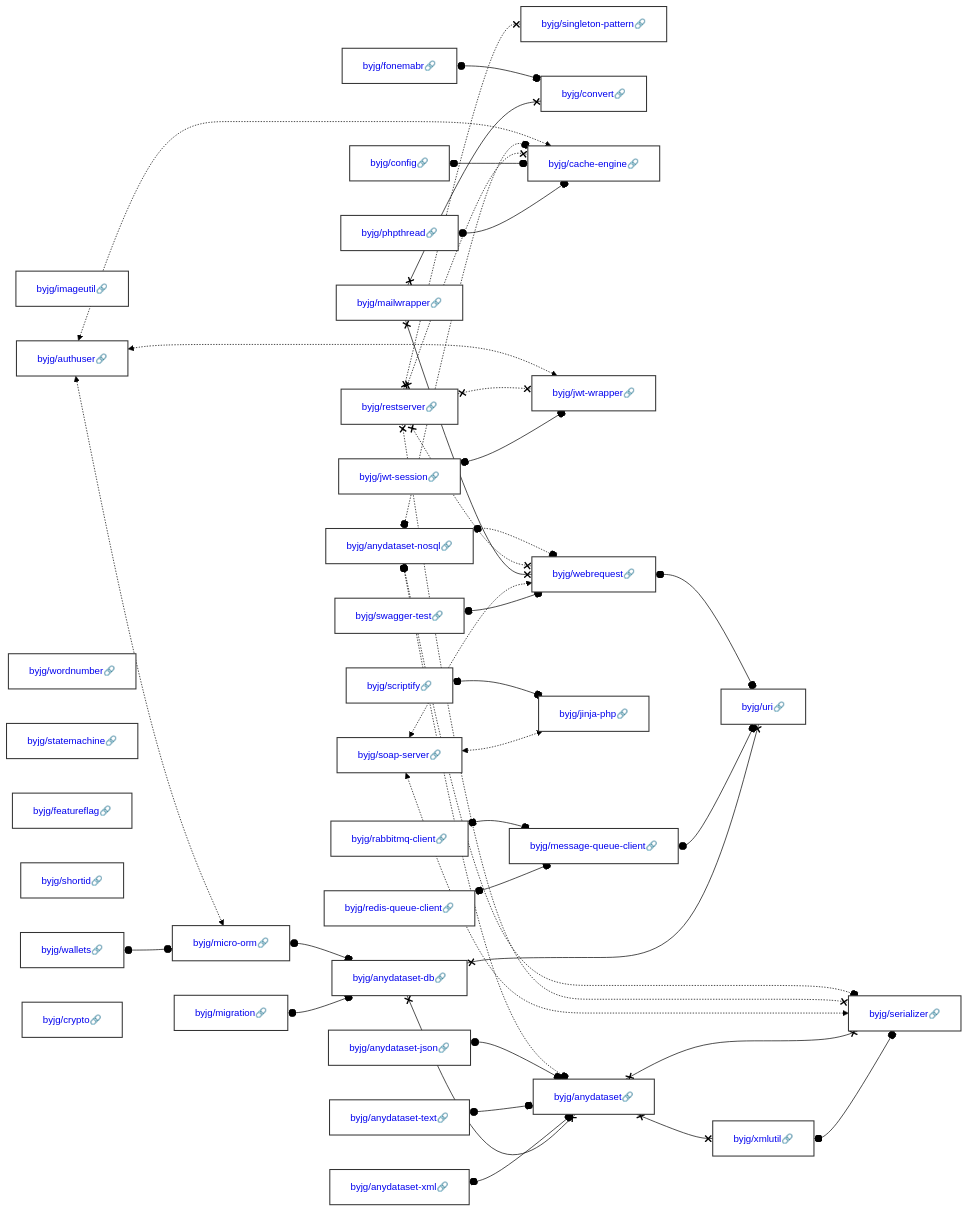
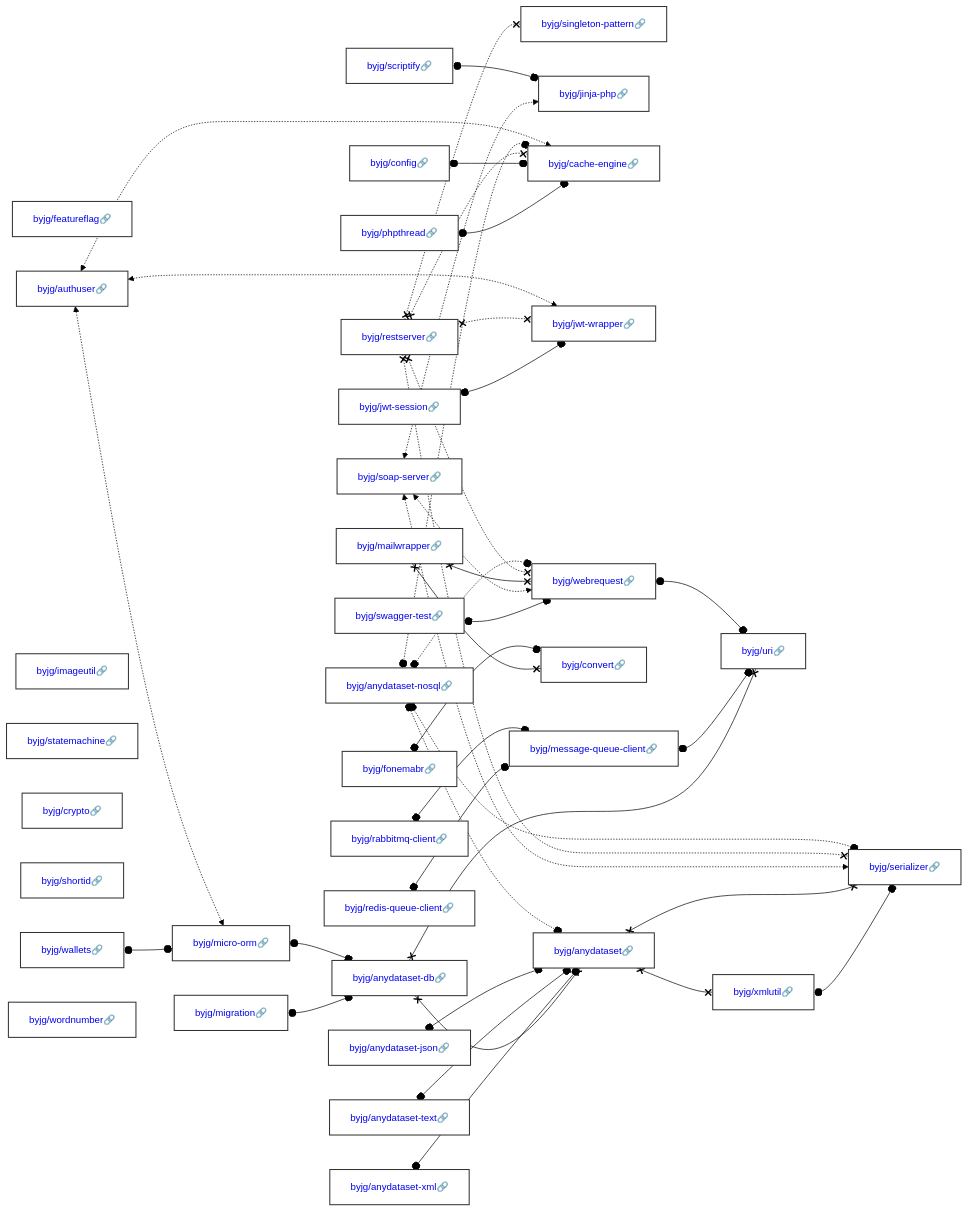
One commit to byjg/byjg.github.io changed the diagram in docs/php/README.md. Above: the diagram before and after it, drawn with Mermaid (forest theme). The commit also changed other lines of this file and 3 other files, not shown here.

Commit message:
Update documentation 'php' 'php-rest-reference-architecture'

````diff
--- a/docs/php/README.md
+++ b/docs/php/README.md
@@ -3,37 +3,37 @@
 ```mermaid
 graph LR;
+  byjg/featureflag[<a href='https://opensource.byjg.com/docs/php/featureflag' style='text-decoration:none'>byjg/featureflag🔗</a>];
+  byjg/jwt-session[<a href='https://opensource.byjg.com/docs/php/jwt-session' style='text-decoration:none'>byjg/jwt-session🔗</a>];
   byjg/anydataset-text[<a href='https://opensource.byjg.com/docs/php/anydataset-text' style='text-decoration:none'>byjg/anydataset-text🔗</a>];
   byjg/migration[<a href='https://opensource.byjg.com/docs/php/migration' style='text-decoration:none'>byjg/migration🔗</a>];
+  byjg/wallets[<a href='https://opensource.byjg.com/docs/php/wallets' style='text-decoration:none'>byjg/wallets🔗</a>];
+  byjg/anydataset-nosql[<a href='https://opensource.byjg.com/docs/php/anydataset-nosql' style='text-decoration:none'>byjg/anydataset-nosql🔗</a>];
+  byjg/restserver[<a href='https://opensource.byjg.com/docs/php/restserver' style='text-decoration:none'>byjg/restserver🔗</a>];
   byjg/imageutil[<a href='https://opensource.byjg.com/docs/php/imageutil' style='text-decoration:none'>byjg/imageutil🔗</a>];
+  byjg/statemachine[<a href='https://opensource.byjg.com/docs/php/statemachine' style='text-decoration:none'>byjg/statemachine🔗</a>];
+  byjg/phpthread[<a href='https://opensource.byjg.com/docs/php/phpthread' style='text-decoration:none'>byjg/phpthread🔗</a>];
+  byjg/scriptify[<a href='https://opensource.byjg.com/docs/php/scriptify' style='text-decoration:none'>byjg/scriptify🔗</a>];
+  byjg/crypto[<a href='https://opensource.byjg.com/docs/php/crypto' style='text-decoration:none'>byjg/crypto🔗</a>];
+  byjg/config[<a href='https://opensource.byjg.com/docs/php/config' style='text-decoration:none'>byjg/config🔗</a>];
+  byjg/fonemabr[<a href='https://opensource.byjg.com/docs/php/fonemabr' style='text-decoration:none'>byjg/fonemabr🔗</a>];
+  byjg/anydataset-xml[<a href='https://opensource.byjg.com/docs/php/anydataset-xml' style='text-decoration:none'>byjg/anydataset-xml🔗</a>];
+  byjg/soap-server[<a href='https://opensource.byjg.com/docs/php/soap-server' style='text-decoration:none'>byjg/soap-server🔗</a>];
+  byjg/shortid[<a href='https://opensource.byjg.com/docs/php/shortid' style='text-decoration:none'>byjg/shortid🔗</a>];
   byjg/swagger-test[<a href='https://opensource.byjg.com/docs/php/swagger-test' style='text-decoration:none'>byjg/swagger-test🔗</a>];
-  byjg/redis-queue-client[<a href='https://opensource.byjg.com/docs/php/redis-queue-client' style='text-decoration:none'>byjg/redis-queue-client🔗</a>];
-  byjg/restserver[<a href='https://opensource.byjg.com/docs/php/restserver' style='text-decoration:none'>byjg/restserver🔗</a>];
   byjg/authuser[<a href='https://opensource.byjg.com/docs/php/authuser' style='text-decoration:none'>byjg/authuser🔗</a>];
   byjg/wordnumber[<a href='https://opensource.byjg.com/docs/php/wordnumber' style='text-decoration:none'>byjg/wordnumber🔗</a>];
-  byjg/anydataset-nosql[<a href='https://opensource.byjg.com/docs/php/anydataset-nosql' style='text-decoration:none'>byjg/anydataset-nosql🔗</a>];
-  byjg/anydataset-xml[<a href='https://opensource.byjg.com/docs/php/anydataset-xml' style='text-decoration:none'>byjg/anydataset-xml🔗</a>];
+  byjg/redis-queue-client[<a href='https://opensource.byjg.com/docs/php/redis-queue-client' style='text-decoration:none'>byjg/redis-queue-client🔗</a>];
+  byjg/rabbitmq-client[<a href='https://opensource.byjg.com/docs/php/rabbitmq-client' style='text-decoration:none'>byjg/rabbitmq-client🔗</a>];
   byjg/anydataset-json[<a href='https://opensource.byjg.com/docs/php/anydataset-json' style='text-decoration:none'>byjg/anydataset-json🔗</a>];
-  byjg/scriptify[<a href='https://opensource.byjg.com/docs/php/scriptify' style='text-decoration:none'>byjg/scriptify🔗</a>];
-  byjg/statemachine[<a href='https://opensource.byjg.com/docs/php/statemachine' style='text-decoration:none'>byjg/statemachine🔗</a>];
-  byjg/phpthread[<a href='https://opensource.byjg.com/docs/php/phpthread' style='text-decoration:none'>byjg/phpthread🔗</a>];
-  byjg/fonemabr[<a href='https://opensource.byjg.com/docs/php/fonemabr' style='text-decoration:none'>byjg/fonemabr🔗</a>];
   byjg/mailwrapper[<a href='https://opensource.byjg.com/docs/php/mailwrapper' style='text-decoration:none'>byjg/mailwrapper🔗</a>];
-  byjg/featureflag[<a href='https://opensource.byjg.com/docs/php/featureflag' style='text-decoration:none'>byjg/featureflag🔗</a>];
-  byjg/shortid[<a href='https://opensource.byjg.com/docs/php/shortid' style='text-decoration:none'>byjg/shortid🔗</a>];
-  byjg/config[<a href='https://opensource.byjg.com/docs/php/config' style='text-decoration:none'>byjg/config🔗</a>];
-  byjg/jwt-session[<a href='https://opensource.byjg.com/docs/php/jwt-session' style='text-decoration:none'>byjg/jwt-session🔗</a>];
-  byjg/rabbitmq-client[<a href='https://opensource.byjg.com/docs/php/rabbitmq-client' style='text-decoration:none'>byjg/rabbitmq-client🔗</a>];
-  byjg/soap-server[<a href='https://opensource.byjg.com/docs/php/soap-server' style='text-decoration:none'>byjg/soap-server🔗</a>];
-  byjg/wallets[<a href='https://opensource.byjg.com/docs/php/wallets' style='text-decoration:none'>byjg/wallets🔗</a>];
-  byjg/crypto[<a href='https://opensource.byjg.com/docs/php/crypto' style='text-decoration:none'>byjg/crypto🔗</a>];
   byjg/singleton-pattern[<a href='https://opensource.byjg.com/docs/php/singleton-pattern' style='text-decoration:none'>byjg/singleton-pattern🔗</a>];
-  byjg/convert[<a href='https://opensource.byjg.com/docs/php/convert' style='text-decoration:none'>byjg/convert🔗</a>];
+  byjg/jinja-php[<a href='https://opensource.byjg.com/docs/php/jinja-php' style='text-decoration:none'>byjg/jinja-php🔗</a>];
+  byjg/micro-orm[<a href='https://opensource.byjg.com/docs/php/micro-orm' style='text-decoration:none'>byjg/micro-orm🔗</a>];
   byjg/cache-engine[<a href='https://opensource.byjg.com/docs/php/cache-engine' style='text-decoration:none'>byjg/cache-engine🔗</a>];
   byjg/jwt-wrapper[<a href='https://opensource.byjg.com/docs/php/jwt-wrapper' style='text-decoration:none'>byjg/jwt-wrapper🔗</a>];
   byjg/message-queue-client[<a href='https://opensource.byjg.com/docs/php/message-queue-client' style='text-decoration:none'>byjg/message-queue-client🔗</a>];
-  byjg/jinja-php[<a href='https://opensource.byjg.com/docs/php/jinja-php' style='text-decoration:none'>byjg/jinja-php🔗</a>];
+  byjg/convert[<a href='https://opensource.byjg.com/docs/php/convert' style='text-decoration:none'>byjg/convert🔗</a>];
   byjg/webrequest[<a href='https://opensource.byjg.com/docs/php/webrequest' style='text-decoration:none'>byjg/webrequest🔗</a>];
-  byjg/micro-orm[<a href='https://opensource.byjg.com/docs/php/micro-orm' style='text-decoration:none'>byjg/micro-orm🔗</a>];
   byjg/anydataset-db[<a href='https://opensource.byjg.com/docs/php/anydataset-db' style='text-decoration:none'>byjg/anydataset-db🔗</a>];
   byjg/anydataset[<a href='https://opensource.byjg.com/docs/php/anydataset' style='text-decoration:none'>byjg/anydataset🔗</a>];
   byjg/uri[<a href='https://opensource.byjg.com/docs/php/uri' style='text-decoration:none'>byjg/uri🔗</a>];
````
